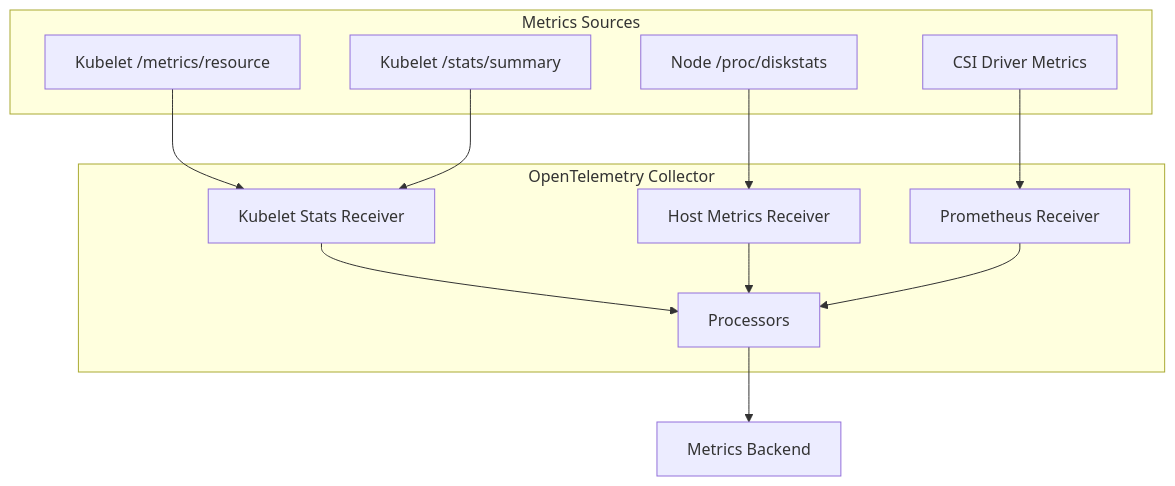
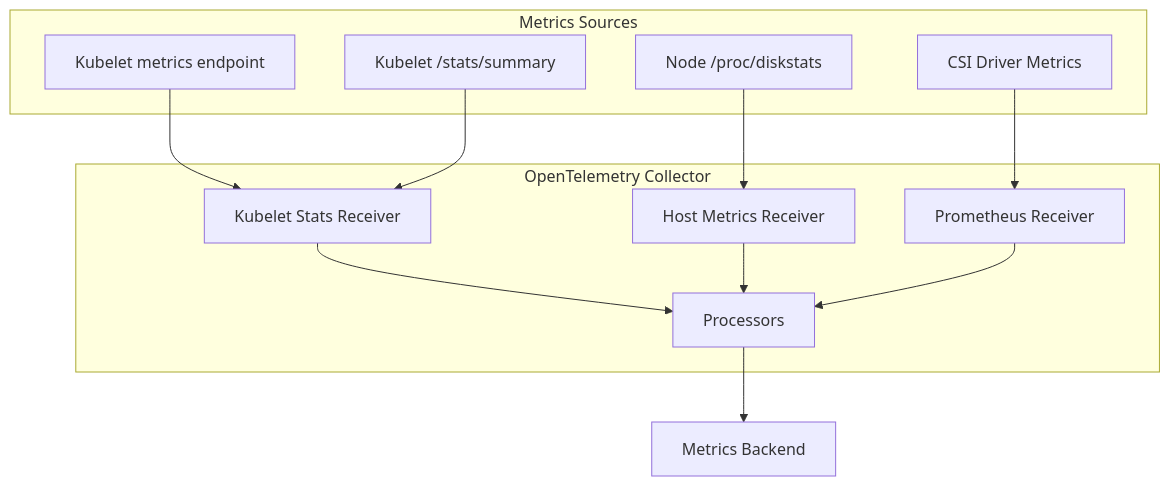
The first of 2 diagrams in posts/2026-02-06-monitor-kubernetes-persistentvolume-performance-opentelemetry/README.md (OneUptime/blog), drawn with Mermaid before and after one commit. The commit also changed other lines of this file and 2 other files, not shown here.

````diff
--- a/posts/2026-02-06-monitor-kubernetes-persistentvolume-performance-opentelemetry/README.md
+++ b/posts/2026-02-06-monitor-kubernetes-persistentvolume-performance-opentelemetry/README.md
@@ -19,27 +19,27 @@
 ```mermaid
 flowchart TB
     subgraph "Metrics Sources"
-        A[Kubelet /metrics/resource]
+        A[Kubelet metrics endpoint]
         B[Kubelet /stats/summary]
         C[Node /proc/diskstats]
         D[CSI Driver Metrics]
     end
 
     subgraph "OpenTelemetry Collector"
         E[Kubelet Stats Receiver]
         F[Host Metrics Receiver]
         G[Prometheus Receiver]
         H[Processors]
     end
 
     A --> E
     B --> E
     C --> F
     D --> G
 
     E --> H
     F --> H
     G --> H
 
     H --> I[Metrics Backend]
 ```
````
